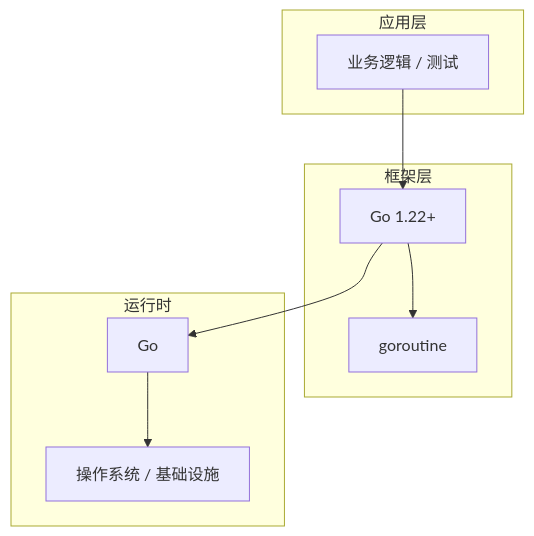
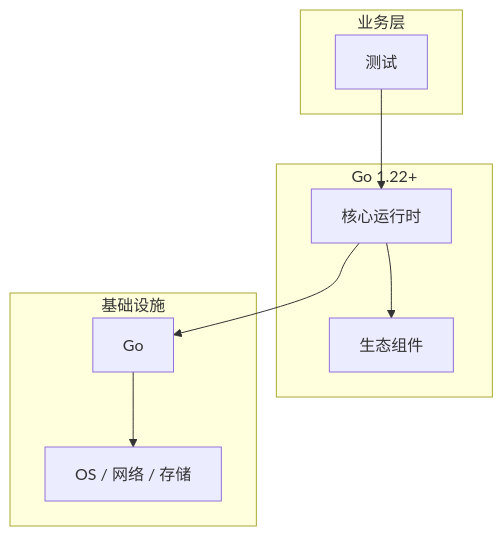
Before and after one commit to yanggan2015/knowledge-json-v2: the diagram in articles/Go语言/chapters/086-测试核心概念与原理.md, drawn with Mermaid. The commit also changed other lines of this file and 10127 other files, not shown here.

````diff
--- a/articles/Go语言/chapters/086-测试核心概念与原理.md
+++ b/articles/Go语言/chapters/086-测试核心概念与原理.md
@@ -45,18 +34,18 @@
 ```mermaid
 graph TB
-    subgraph 应用层
-        A[业务逻辑 / 测试]
+    subgraph 业务层
+        A[测试]
     end
-    subgraph 框架层
-        B[Go 1.22+]
-        C[goroutine]
+    subgraph Go 1.22+
+        B[核心运行时]
+        C[生态组件]
     end
-    subgraph 运行时
+    subgraph 基础设施
         D[Go]
-        E[操作系统 / 基础设施]
+        E[OS / 网络 / 存储]
     end
     A --> B
     B --> C
     B --> D
     D --> E
 ```
````
